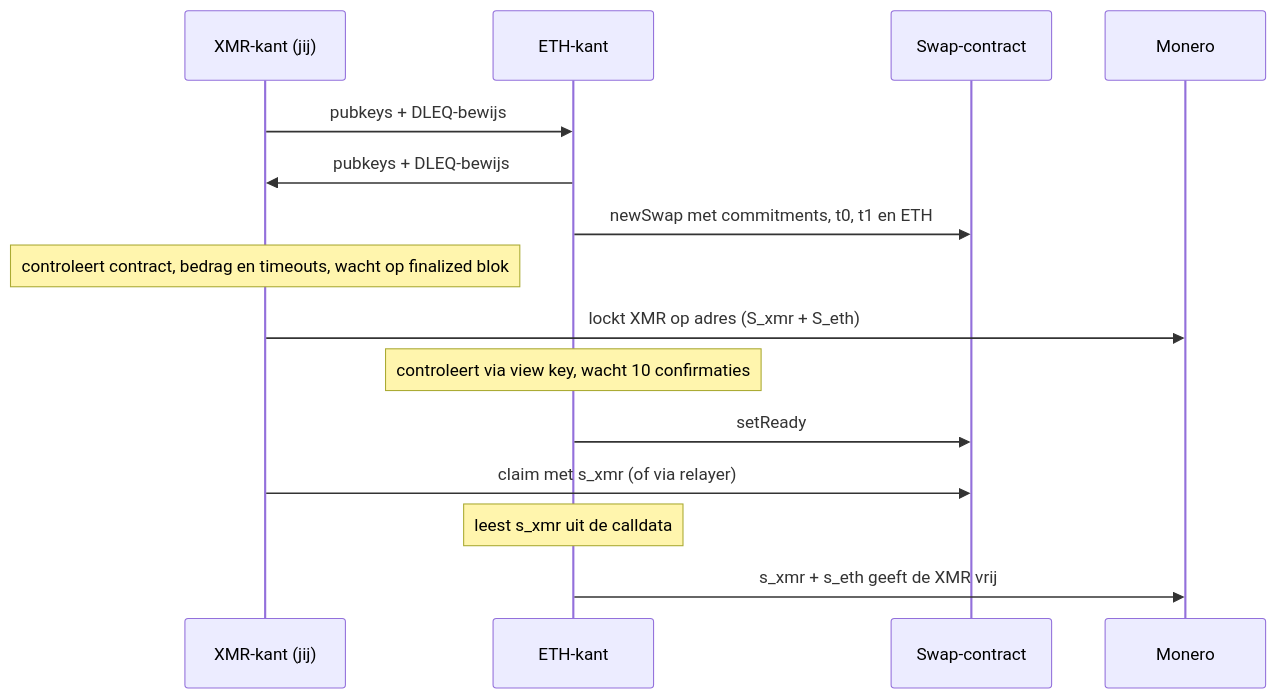
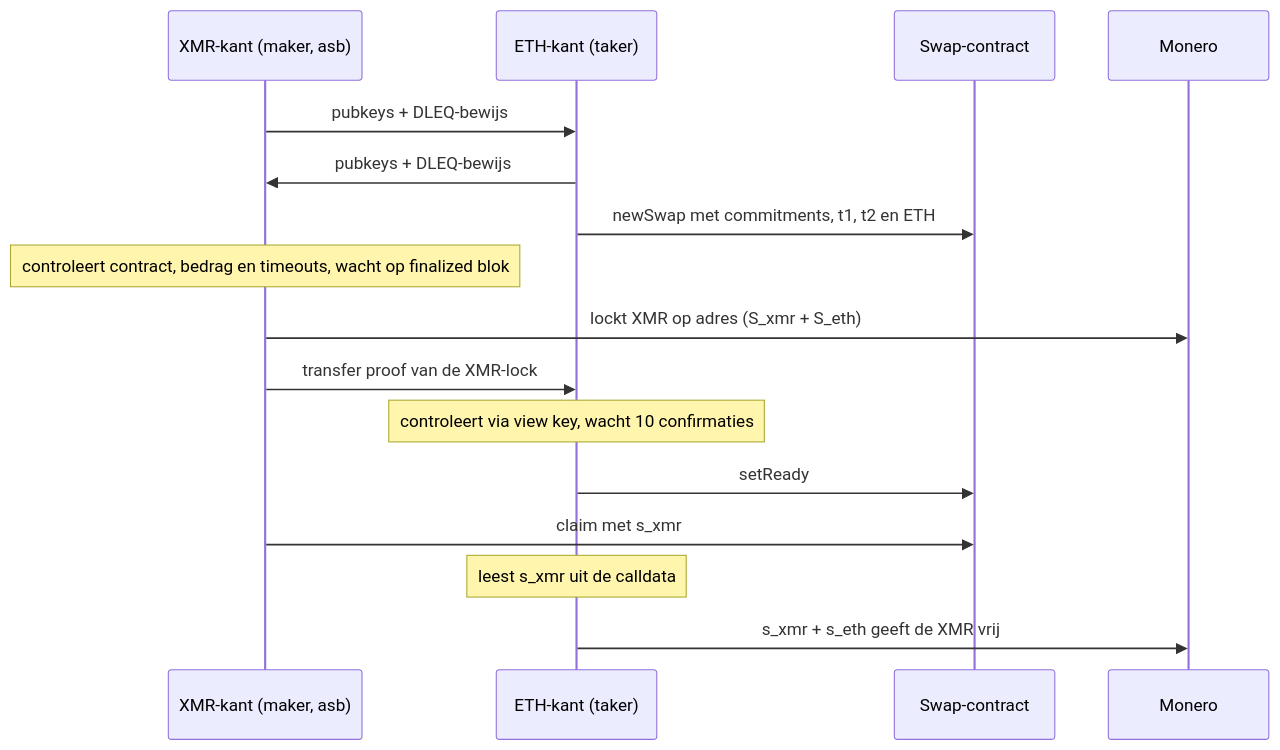
The second of 2 diagrams in plan/02-protocol.md (bonnevill3/Atomic), drawn with Mermaid before and after one commit. The commit also changed other lines of this file and 7 other files, not shown here.

First line of the commit message:
Fork-melding, plan bijgewerkt voor ETH -> XMR in eigenwallet-richting

````diff
--- a/plan/02-protocol.md
+++ b/plan/02-protocol.md
@@ -81,18 +90,19 @@
 ```mermaid
 sequenceDiagram
-    participant X as XMR-kant (jij)
-    participant E as ETH-kant
+    participant X as XMR-kant (maker, asb)
+    participant E as ETH-kant (taker)
     participant C as Swap-contract
     participant XMR as Monero
 
     X->>E: pubkeys + DLEQ-bewijs
     E->>X: pubkeys + DLEQ-bewijs
-    E->>C: newSwap met commitments, t0, t1 en ETH
+    E->>C: newSwap met commitments, t1, t2 en ETH
     Note over X: controleert contract, bedrag en timeouts, wacht op finalized blok
     X->>XMR: lockt XMR op adres (S_xmr + S_eth)
+    X->>E: transfer proof van de XMR-lock
     Note over E: controleert via view key, wacht 10 confirmaties
     E->>C: setReady
-    X->>C: claim met s_xmr (of via relayer)
+    X->>C: claim met s_xmr
     Note over E: leest s_xmr uit de calldata
     E->>XMR: s_xmr + s_eth geeft de XMR vrij
 ```
````
